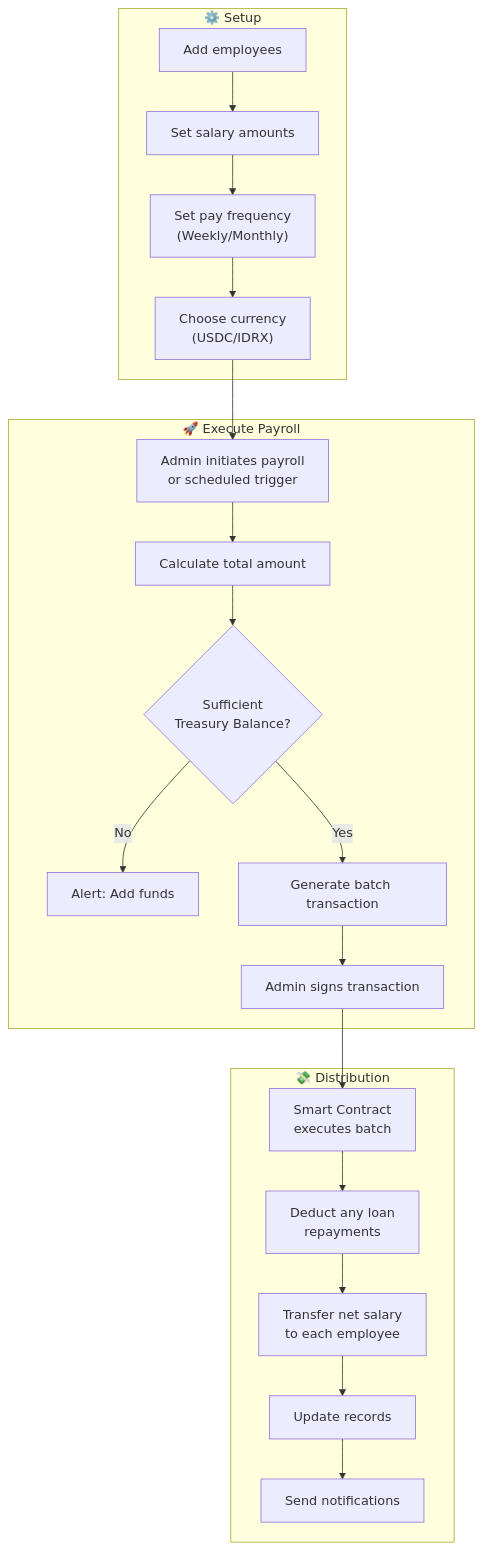
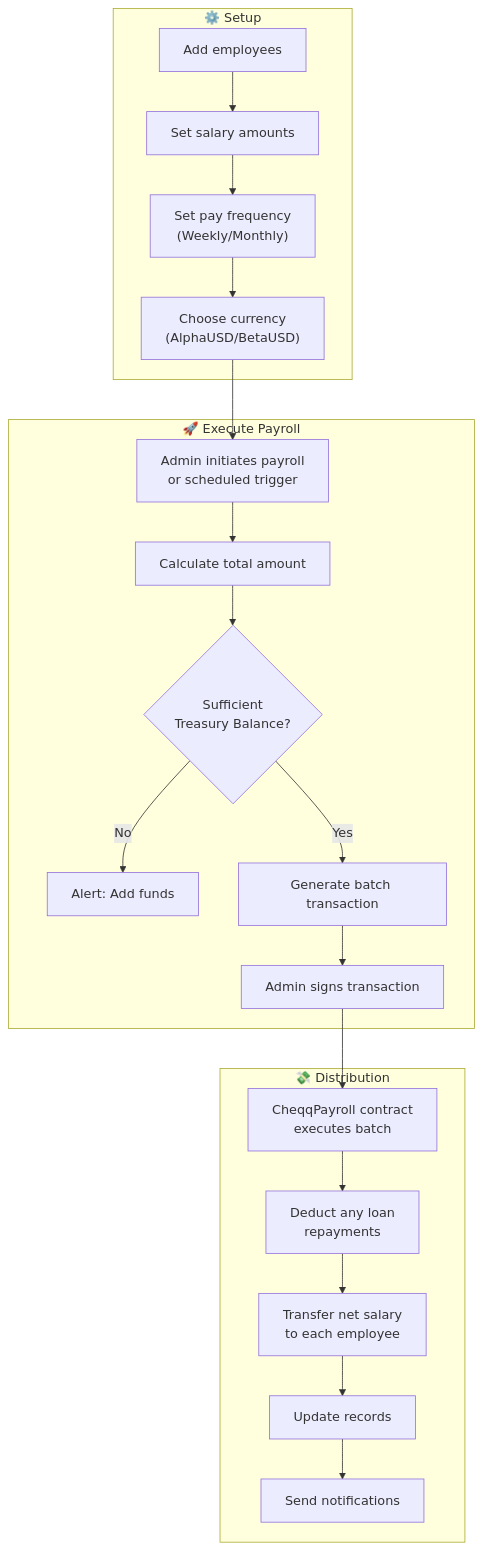
The fourth of 10 diagrams in excalidraw-flow-chart/payfi_flowcharts.md (unclekaldoteth/cheqq), drawn with Mermaid before and after one commit. The commit also changed other lines of this file and 110 other files, not shown here.

Commit message:
Update Cheqq application: UI improvements, contract updates, and feature enhancements

````diff
--- a/excalidraw-flow-chart/payfi_flowcharts.md
+++ b/excalidraw-flow-chart/payfi_flowcharts.md
@@ -112,26 +107,26 @@
 ```mermaid
 flowchart TB
     subgraph Setup["⚙️ Setup"]
         A1["Add employees"] --> A2["Set salary amounts"]
         A2 --> A3["Set pay frequency\n(Weekly/Monthly)"]
-        A3 --> A4["Choose currency\n(USDC/IDRX)"]
+        A3 --> A4["Choose currency\n(AlphaUSD/BetaUSD)"]
     end
 
     subgraph Execute["🚀 Execute Payroll"]
         B1["Admin initiates payroll\nor scheduled trigger"] --> B2["Calculate total amount"]
         B2 --> B3{"Sufficient\nTreasury Balance?"}
         B3 -->|No| B4["Alert: Add funds"]
         B3 -->|Yes| B5["Generate batch transaction"]
         B5 --> B6["Admin signs transaction"]
     end
 
     subgraph Distribute["💸 Distribution"]
-        C1["Smart Contract\nexecutes batch"] --> C2["Deduct any loan\nrepayments"]
+        C1["CheqqPayroll contract\nexecutes batch"] --> C2["Deduct any loan\nrepayments"]
         C2 --> C3["Transfer net salary\nto each employee"]
         C3 --> C4["Update records"]
         C4 --> C5["Send notifications"]
     end
 
     A4 --> B1
     B6 --> C1
 ```
````
